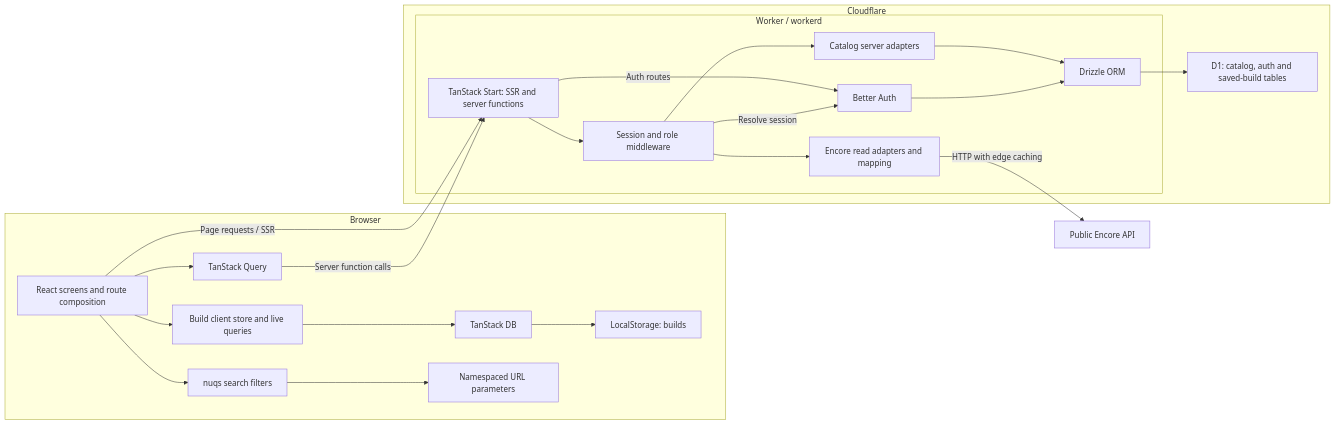
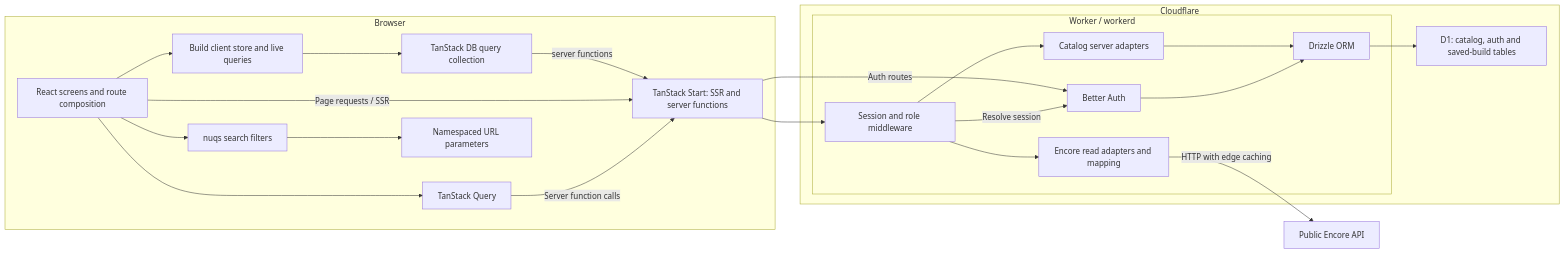
One commit to miguedev1047/wuwa-builds changed the first of 2 diagrams in docs/ARCHITECTURE.md. Above: the diagram before and after it, drawn with Mermaid. The commit also changed other lines of this file and 2 other files, not shown here.

Commit message:
docs(builds): document D1 persistence and editor behavior

````diff
--- a/docs/ARCHITECTURE.md
+++ b/docs/ARCHITECTURE.md
@@ -35,41 +35,41 @@
 ```mermaid
 flowchart LR
   subgraph Browser["Browser"]
     UI["React screens and route composition"]
     Query["TanStack Query"]
     BuildClient["Build client store and live queries"]
-    LocalDB["TanStack DB"]
-    Storage["LocalStorage: builds"]
+    LocalDB["TanStack DB query collection"]
     Filters["nuqs search filters"]
     URL["Namespaced URL parameters"]
 
     UI --> Query
-    UI --> BuildClient --> LocalDB --> Storage
+    UI --> BuildClient --> LocalDB
+    LocalDB -->|"server functions"| Start
     UI --> Filters --> URL
   end
 
   subgraph Cloudflare["Cloudflare"]
     subgraph Worker["Worker / workerd"]
       Start["TanStack Start: SSR and server functions"]
       Session["Session and role middleware"]
       Catalog["Catalog server adapters"]
       Encore["Encore read adapters and mapping"]
       Auth["Better Auth"]
       Drizzle["Drizzle ORM"]
 
       Start --> Session
       Session --> Catalog --> Drizzle
       Session --> Encore
       Start -->|"Auth routes"| Auth
       Session -->|"Resolve session"| Auth
       Auth --> Drizzle
     end
     D1["D1: catalog, auth and saved-build tables"]
     Drizzle --> D1
   end
 
   API["Public Encore API"]
   UI -->|"Page requests / SSR"| Start
   Query -->|"Server function calls"| Start
   Encore -->|"HTTP with edge caching"| API
 ```
````
